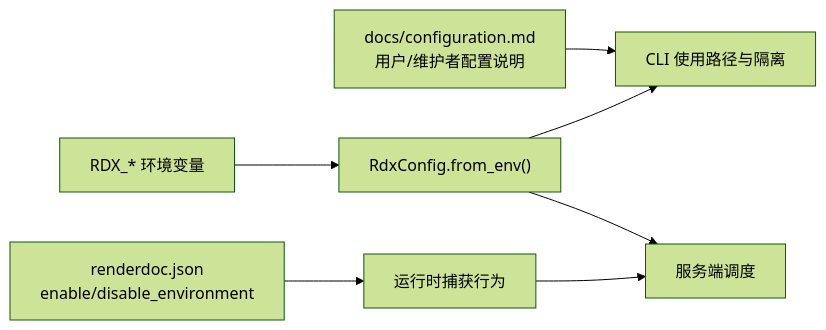
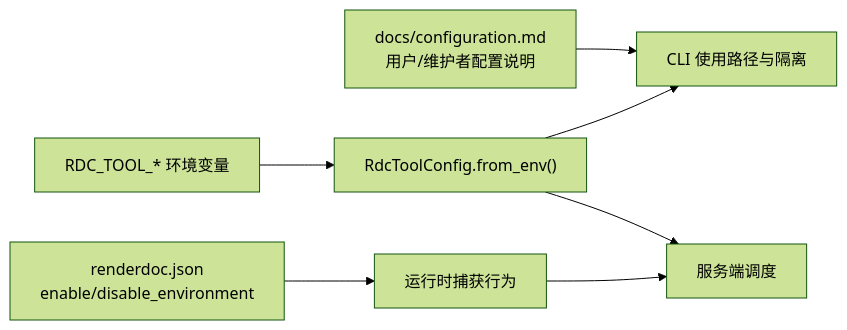
Before and after one commit to haolange/RDC-Tool: the fifth of 7 diagrams in .qoder/repowiki/zh/content/运行时管理/配置管理系统.md, drawn with Mermaid (forest theme). The commit also changed other lines of this file and 388 other files, not shown here.

First line of the commit message:
Release RDC-Tool identity and public maintenance surface

````diff
--- a/.qoder/repowiki/zh/content/运行时管理/配置管理系统.md
+++ b/.qoder/repowiki/zh/content/运行时管理/配置管理系统.md
@@ -169,9 +169,9 @@
 ```mermaid
 graph LR
-Env["RDX_* 环境变量"] --> Cfg["RdxConfig.from_env()"]
+Env["RDC_TOOL_* 环境变量"] --> Cfg["RdcToolConfig.from_env()"]
 RDJSON["renderdoc.json<br/>enable/disable_environment"] --> Runtime["运行时捕获行为"]
 Docs["docs/configuration.md<br/>用户/维护者配置说明"] --> CLI["CLI 使用路径与隔离"]
 Cfg --> CLI
 Cfg --> Server["服务端调度"]
 Runtime --> Server
 ```
````
